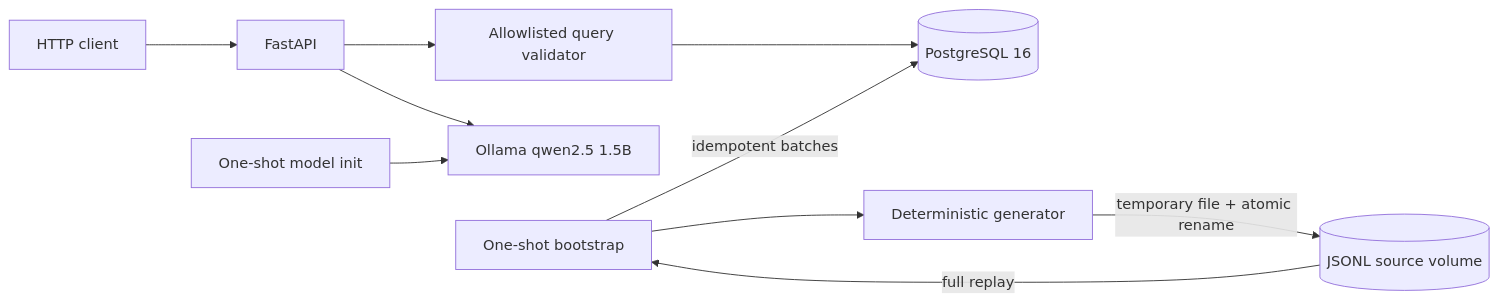
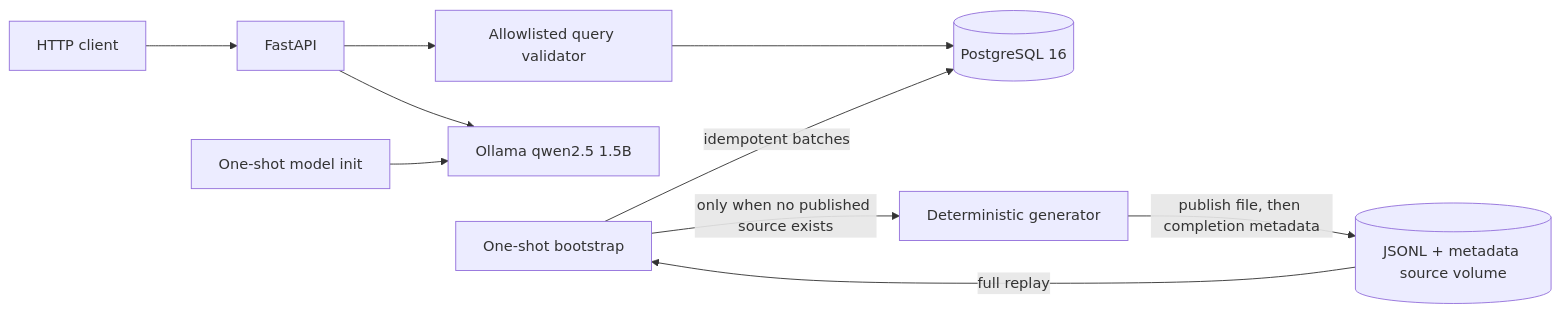
The diagram in README.md (LinkRaider/ai-queryable-health-data-system), drawn with Mermaid before and after one commit. The commit also changed other lines of this file and 14 other files, not shown here.

````diff
--- a/README.md
+++ b/README.md
@@ -56,12 +56,12 @@
 ```mermaid
 flowchart LR
     Client[HTTP client] --> API[FastAPI]
     API --> Validator[Allowlisted query validator]
     Validator --> PostgreSQL[(PostgreSQL 16)]
     API --> Ollama[Ollama qwen2.5 1.5B]
     ModelInit[One-shot model init] --> Ollama
-    Bootstrap[One-shot bootstrap] --> Generator[Deterministic generator]
-    Generator -->|temporary file + atomic rename| JSONL[(JSONL source volume)]
+    Bootstrap[One-shot bootstrap] -->|only when no published source exists| Generator[Deterministic generator]
+    Generator -->|publish file, then completion metadata| JSONL[(JSONL + metadata source volume)]
     JSONL -->|full replay| Bootstrap
     Bootstrap -->|idempotent batches| PostgreSQL
 ```
````
